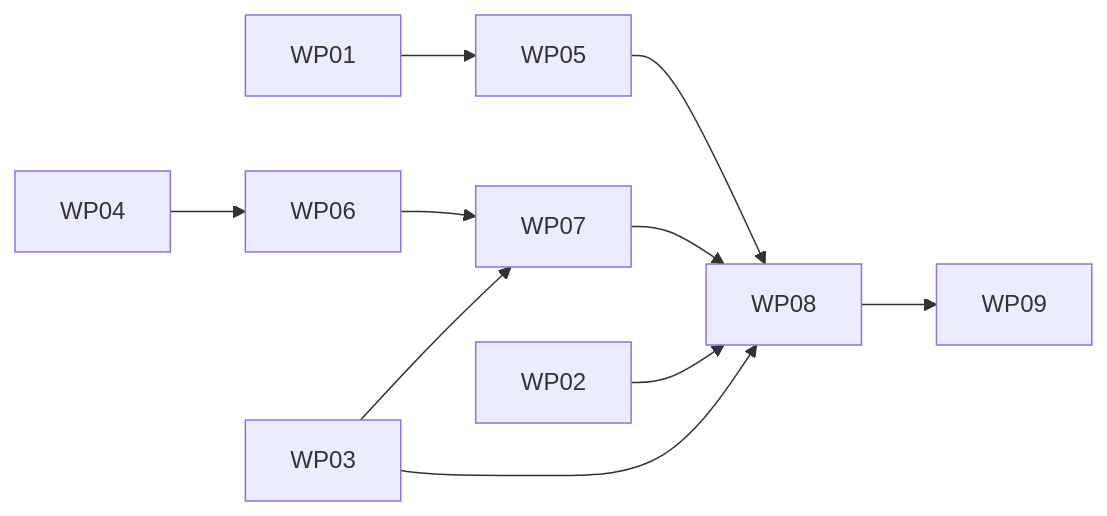
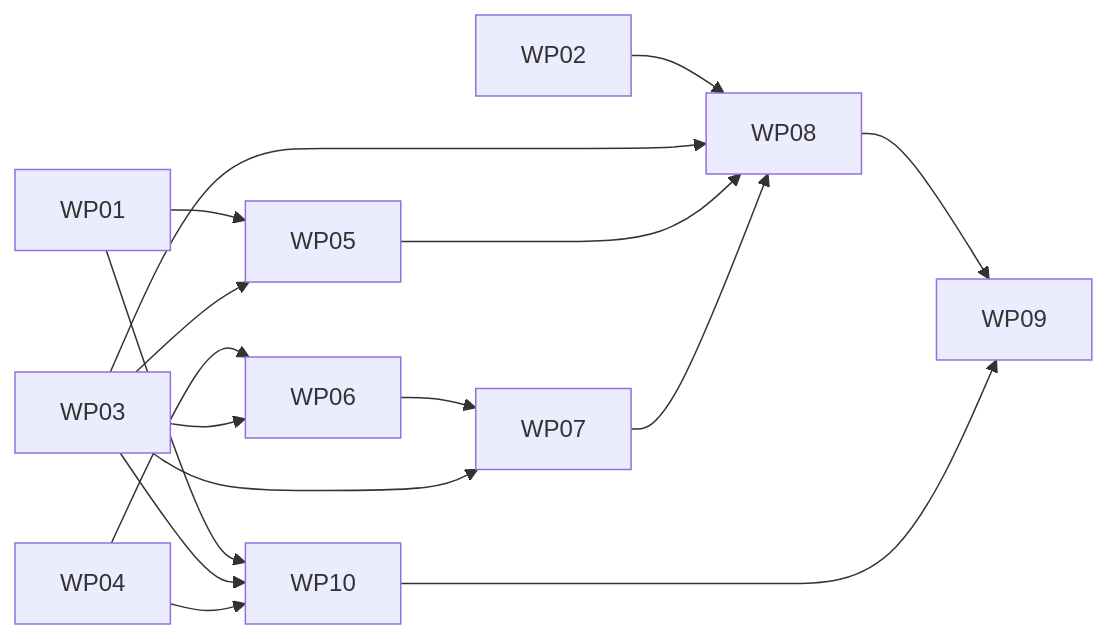
One commit to spec-kitty/spec-kitty-events changed the second of 2 diagrams in kitty-specs/events-write-core-01M6TP6W/plan.md. Above: the diagram before and after it, drawn with Mermaid. The commit also changed other lines of this file, not shown here.

Commit message:
plan(events-write-core): appender API wording and dependency graph after the post-tasks squad

````diff
--- a/kitty-specs/events-write-core-01M6TP6W/plan.md
+++ b/kitty-specs/events-write-core-01M6TP6W/plan.md
@@ -163,10 +163,16 @@
 ```mermaid
 flowchart LR
   WP01 --> WP05
   WP04 --> WP06 --> WP07
   WP02 --> WP08
   WP03 --> WP08
   WP05 --> WP08
   WP07 --> WP08 --> WP09
   WP03 --> WP07
+  WP03 --> WP05
+  WP03 --> WP06
+  WP01 --> WP10
+  WP03 --> WP10
+  WP04 --> WP10
+  WP10 --> WP09
 ```
````
